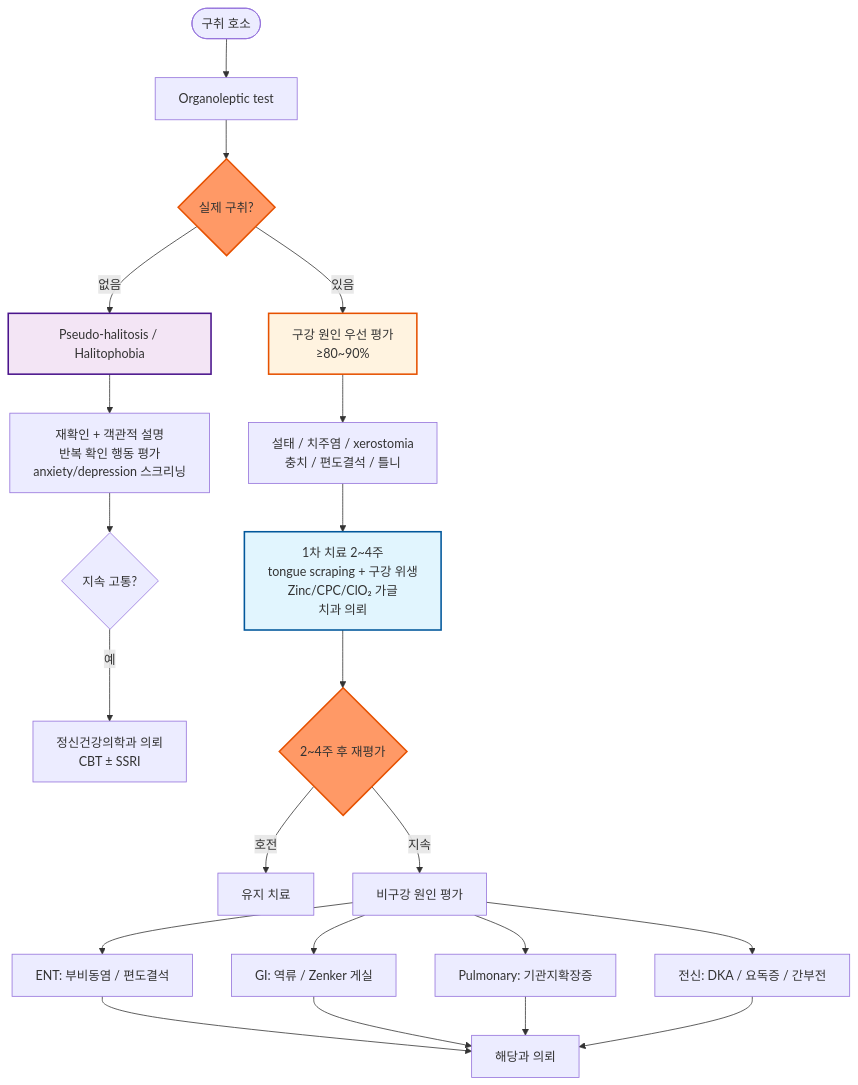
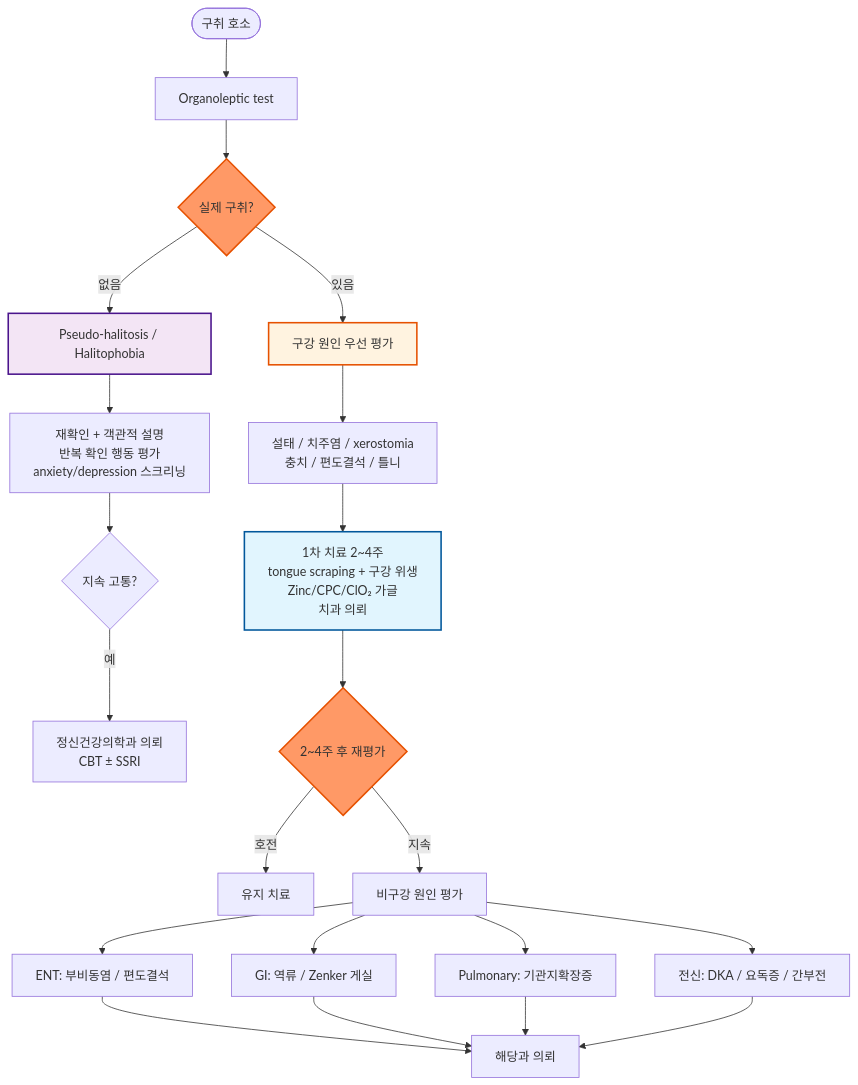
The diagram in 220_/004_-halitosis-bad-breath.md (familyoh77/familyoh77), drawn with Mermaid before and after one commit. The commit also changed other lines of this file, not shown here.

````diff
--- a/220_/004_-halitosis-bad-breath.md
+++ b/220_/004_-halitosis-bad-breath.md
@@ -111,26 +114,29 @@
 ```mermaid
 graph TD
     A([구취 호소]) --> B[Organoleptic test]
     B --> C{실제 구취?}
     C -->|없음| D[Pseudo-halitosis / Halitophobia]
     D --> E[재확인 + 객관적 설명 <br/>반복 확인 행동 평가<br/>anxiety/depression 스크리닝]
     E --> F{지속 고통?}
     F -->|예| G[정신건강의학과 의뢰<br/>CBT ± SSRI]
-    C -->|있음| H[구강 원인 우선 평가<br/>≥80~90%]
+    C -->|있음| H[구강 원인 우선 평가]
     H --> I[설태 / 치주염 / xerostomia<br/>충치 / 편도결석 / 틀니]
     I --> J[1차 치료 2~4주<br/>tongue scraping + 구강 위생<br/>Zinc/CPC/ClO₂ 가글<br/>치과 의뢰]
     J --> K{2~4주 후 재평가}
     K -->|호전| L[유지 치료]
     K -->|지속| M[비구강 원인 평가]
     M --> N[ENT: 부비동염 / 편도결석]
     M --> O[GI: 역류 / Zenker 게실]
     M --> P[Pulmonary: 기관지확장증]
     M --> Q[전신: DKA / 요독증 / 간부전]
-    N & O & P & Q --> R[해당과 의뢰]
+    N --> R[해당과 의뢰]
+    O --> R
+    P --> R
+    Q --> R
 
     style C fill:#f96,stroke:#e65100,stroke-width:2px
     style K fill:#f96,stroke:#e65100,stroke-width:2px
     style J fill:#e1f5fe,stroke:#01579b,stroke-width:2px
     style D fill:#f3e5f5,stroke:#4a148c,stroke-width:2px
     style H fill:#fff3e0,stroke:#e65100,stroke-width:2px
 ```
````
